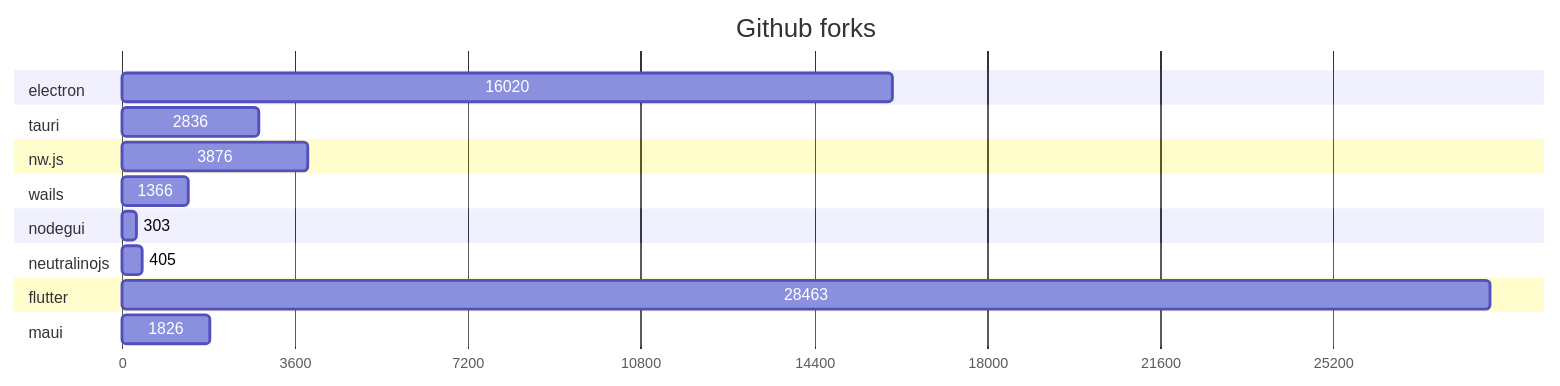
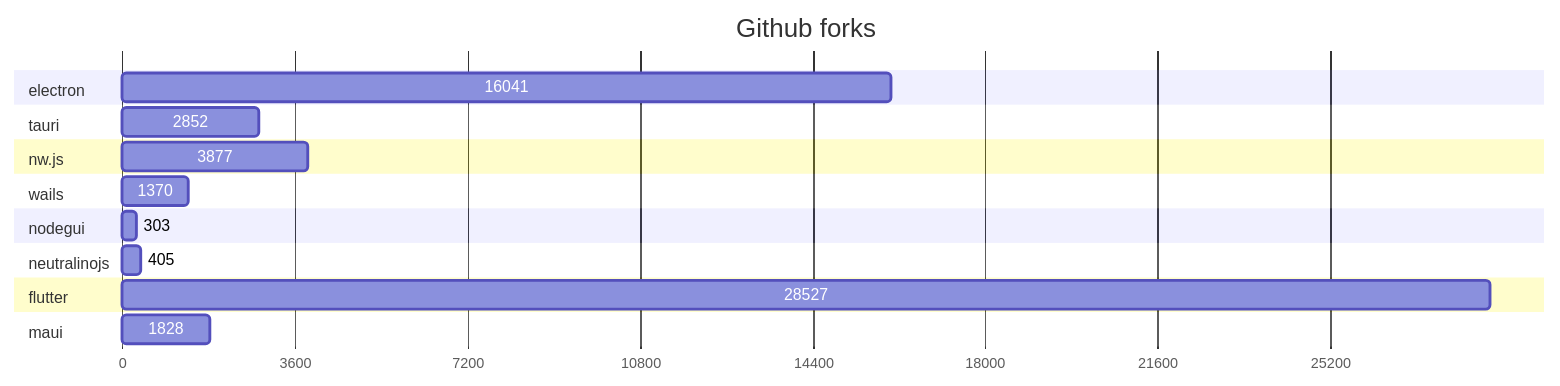
The second of 2 diagrams in GRAPHS.md (Elanis/web-to-desktop-framework-comparison), drawn with Mermaid before and after one commit. The commit also changed other lines of this file and 2 other files, not shown here.

````diff
--- a/GRAPHS.md
+++ b/GRAPHS.md
@@ -47,40 +47,40 @@
 ```mermaid
 gantt
     title Github forks
     dateFormat  X
     axisFormat %s
 
 
 	section electron
-	16020 : 0, 16020
+	16041 : 0, 16041
 
 	
 	section tauri
-	2836 : 0, 2836
+	2852 : 0, 2852
 
 	
 	section nw.js
-	3876 : 0, 3876
+	3877 : 0, 3877
 
 	
 	section wails
-	1366 : 0, 1366
+	1370 : 0, 1370
 
 	
 	section nodegui
 	303 : 0, 303
 
 	
 	section neutralinojs
 	405 : 0, 405
 
 	
 	section flutter
-	28463 : 0, 28463
+	28527 : 0, 28527
 
 	
 	section maui
-	1826 : 0, 1826
+	1828 : 0, 1828
 
 	
 ```
````
